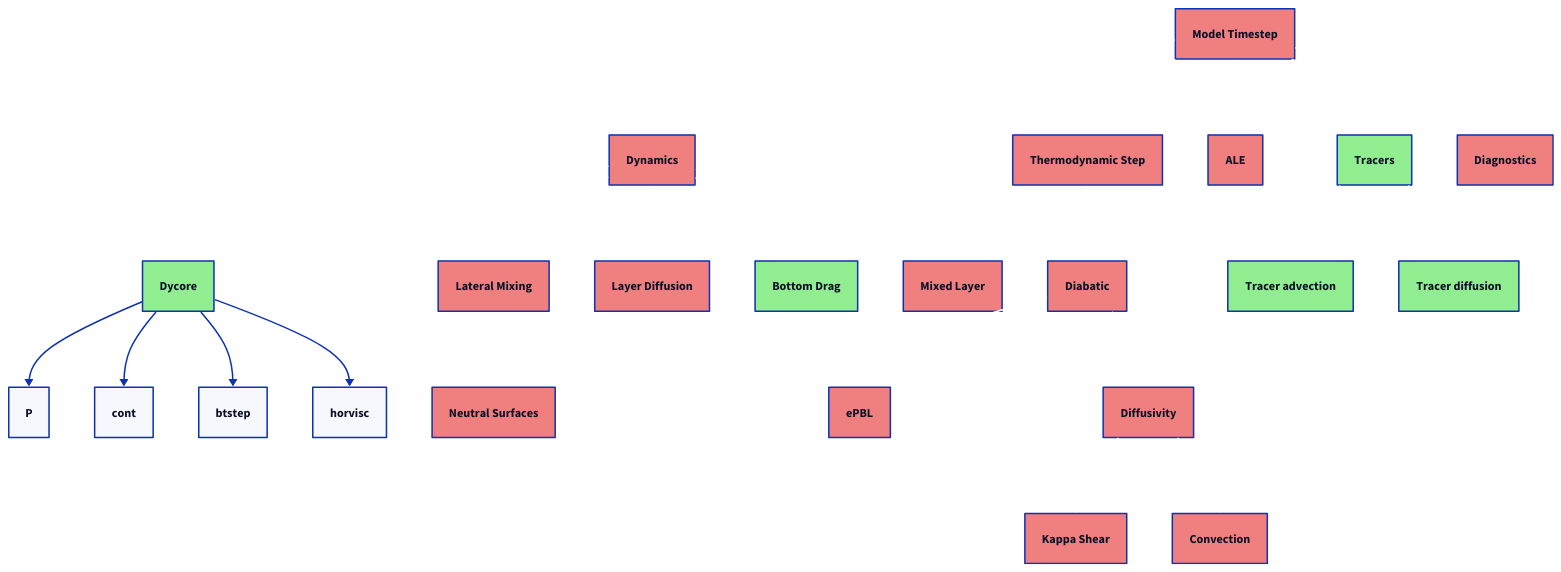
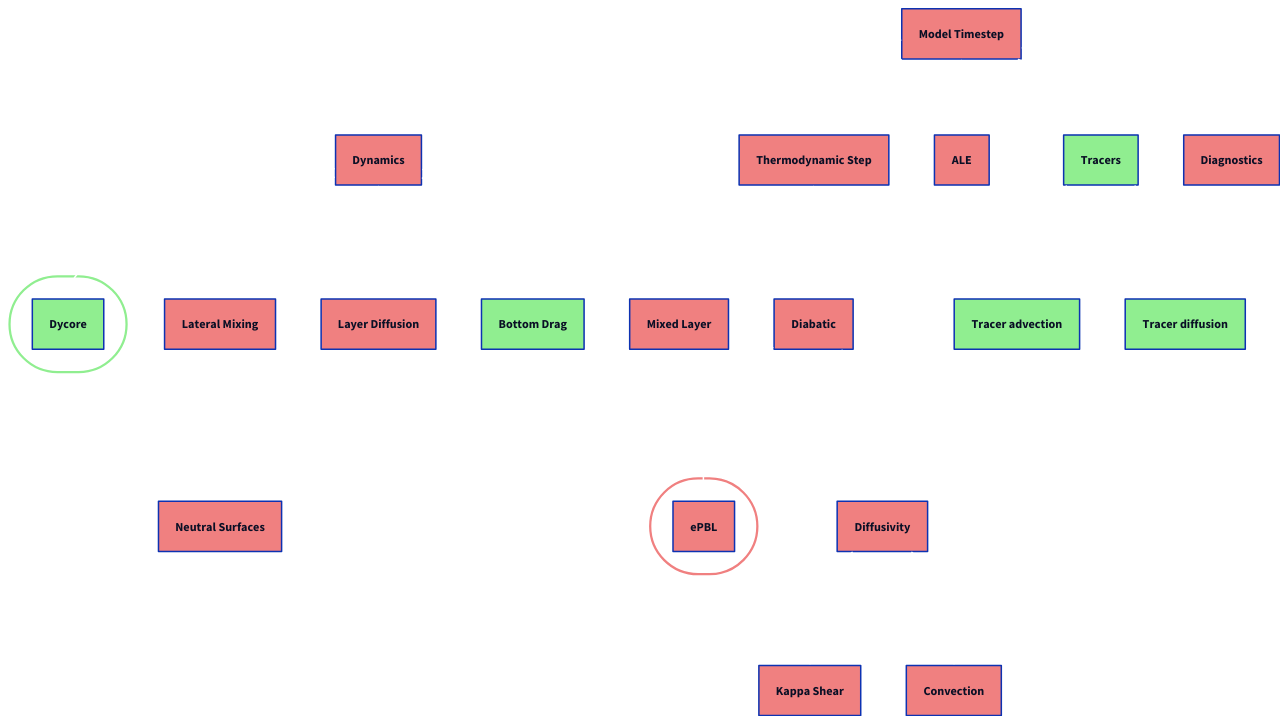
Before and after one commit to marshallward/openhackathon2026: the diagram in d2/mom6code.d2, drawn with D2. The commit also changed 1 other file, not shown here.

Commit message:
Circles on code fig

```diff
--- a/d2/mom6code.d2
+++ b/d2/mom6code.d2
@@ -1,187 +1,194 @@
 style.fill: transparent
 
 step_mom: {
     label: Model Timestep
     style.fill: lightcoral
 }
 
 step_mom -> step_mom_dynamics {
     style.stroke: white
 }
 step_mom -> step_mom_thermo {
     style.stroke: white
 }
 step_mom -> ale_regridding_and_remapping {
     style.stroke: white
 }
 step_mom -> step_mom_tracer_dyn {
     style.stroke: white
 }
 step_mom -> calculate_diagnostic_fields {
     style.stroke: white
 }
 
 # Dynamics
 
 step_mom_dynamics: {
     label: Dynamics
     style.fill: lightcoral
 }
 
-step_mom_dynamics -> step_mom_dyn_split_RK2 {
+step_mom_dynamics -> dycore.step_mom_dyn_split_RK2 {
     style.stroke: white
 }
 step_mom_dynamics -> calc_slope_functions {
     style.stroke: white
 }
 step_mom_dynamics -> thickness_diffuse {
     style.stroke: white
 }
 step_mom_dynamics -> set_viscous_BBL {
     style.stroke: white
 }
 step_mom_dynamics -> mixedlayer_restrat {
     style.stroke: white
 }
 
 
 # Dycore
 
-step_mom_dyn_split_RK2: {
-    label: Dycore
-    style.fill: lightgreen
+dycore: {
+  label: ""
+  style.fill: transparent
+  style.stroke: lightgreen
+  style.stroke-width: 3
+  style.border-radius: 999
+
+  step_mom_dyn_split_RK2: {
+      label: Dycore
+      style.fill: lightgreen
+  }
 }
-
-# testing
-step_mom_dyn_split_RK2 -> P
-step_mom_dyn_split_RK2 -> cont
-step_mom_dyn_split_RK2 -> btstep
-step_mom_dyn_split_RK2 -> horvisc
-
-
-
 
 
 # Lateral mixing coefficients
 
 calc_slope_functions: {
     label: Lateral Mixing
     style.fill: lightcoral
 }
 
 thickness_diffuse: {
     label: Layer Diffusion
     style.fill: lightcoral
 }
 
 set_viscous_BBL: {
     label: Bottom Drag
     style.fill: lightgreen
 }
 
 mixedlayer_restrat: {
     label: Mixed Layer
     style.fill: lightcoral
 }
 
 
 calc_slope_functions -> calc_isoneutral_slopes {
     style.stroke: white
 }
 #calc_slope_functions -> valc_visbeck_coeffs_old
 
 calc_isoneutral_slopes: {
     label: Neutral Surfaces
     style.fill: lightcoral
 }
 
 
 # Thermo
 
 step_mom_thermo: {
     label: Thermodynamic Step
     style.fill: lightcoral
 }
 
 step_mom_thermo -> diabatic {
     style.stroke: white
 }
-diabatic -> energetic_pbl {
+diabatic -> epbl.energetic_pbl {
     style.stroke: white
 }
 diabatic -> set_diffusivity {
     style.stroke: white
 }
 #diabatic -> applyboundaryfluxesinout
 
 diabatic: {
     label: Diabatic
     style.fill: lightcoral
 }
 
-energetic_pbl: {
-    label: ePBL
-    style.fill: lightcoral
+epbl: {
+  label: ""
+  style.fill: transparent
+  style.stroke: lightcoral
+  style.stroke-width: 3
+  style.border-radius: 999
+
+  energetic_pbl: {
+      label: ePBL
+      style.fill: lightcoral
+  }
 }
 
 set_diffusivity: {
     label: Diffusivity
     style.fill: lightcoral
 }
 
 set_diffusivity -> kappa_shear_vertex {
     style.stroke: white
 }
 set_diffusivity -> full_convection {
     style.stroke: white
 }
 
 kappa_shear_vertex: {
     label: Kappa Shear
     style.fill: lightcoral
 }
 
 full_convection: {
     label: Convection
     style.fill: lightcoral
 }
 
 
 # ALE
 
 ale_regridding_and_remapping: {
     label: ALE
     style.fill: lightcoral
 }
 
 # Tracers
 
 step_mom_tracer_dyn: {
     label: Tracers
     style.fill: lightgreen
 }
 
 step_mom_tracer_dyn -> tracer_advect {
     style.stroke: white
 }
 step_mom_tracer_dyn -> tracer_hordiff {
     style.stroke: white
 }
 #step_mom_tracer_dyn -> tracer_vertdiff
 
 tracer_advect: {
     label: Tracer advection
     style.fill: lightgreen
 }
 
 tracer_hordiff: {
     label: Tracer diffusion
     style.fill: lightgreen
 }
 
 # Diagnostics
 
 calculate_diagnostic_fields: {
     label: Diagnostics
     style.fill: lightcoral
 }
```
